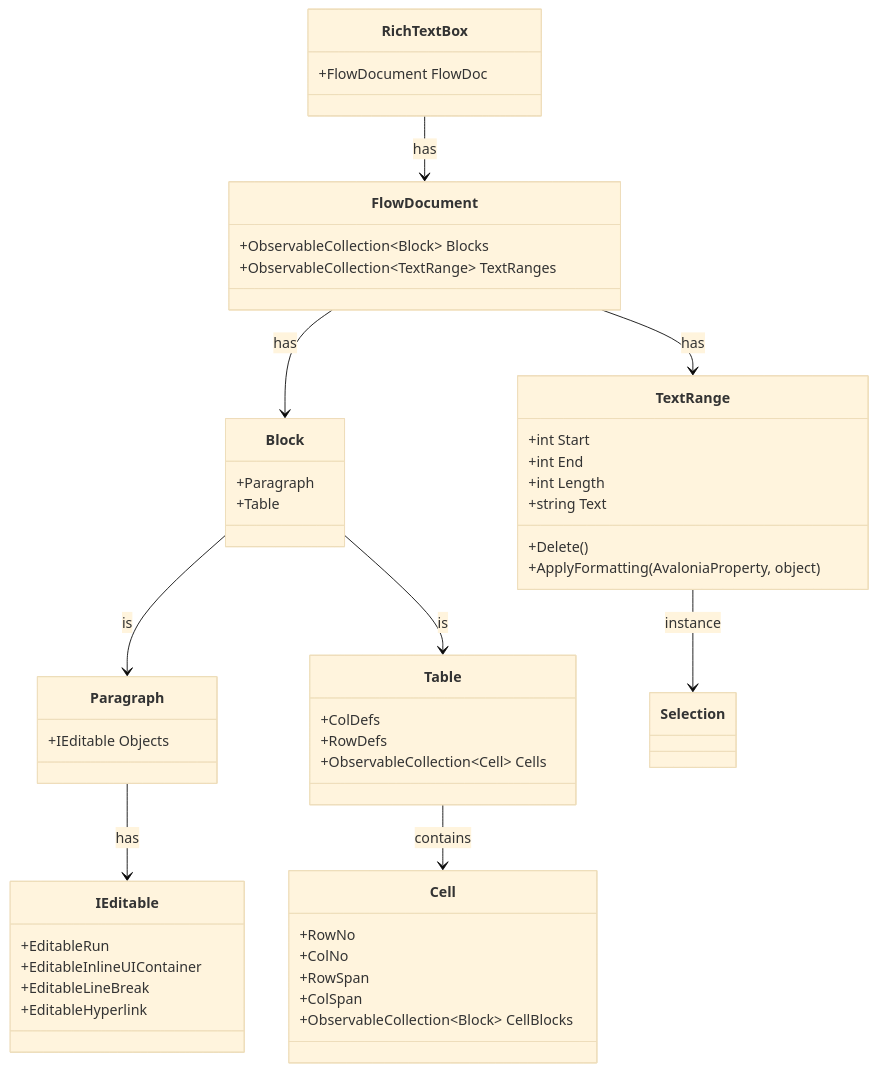
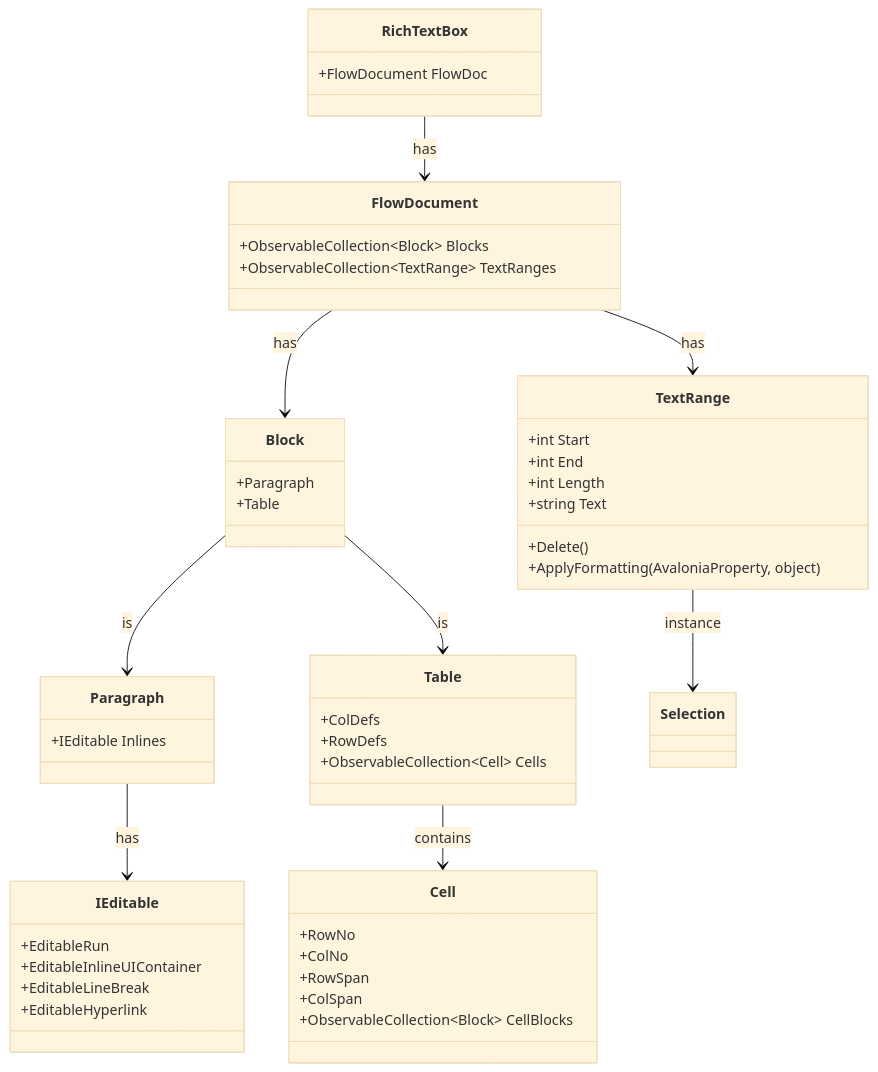
One commit to cuikp/AvRichTextBox changed the diagram in README.md. Above: the diagram before and after it, drawn with Mermaid (base theme).

````diff
--- a/README.md
+++ b/README.md
@@ -18,58 +18,58 @@
 ```mermaid
 classDiagram
     class RichTextBox{
         +FlowDocument FlowDoc
     }
     class FlowDocument{
         +ObservableCollection~Block~ Blocks
         +ObservableCollection~TextRange~ TextRanges
     }
     class Block{
         +Paragraph
         +Table
     }
     
     class Paragraph{
-        +IEditable Objects
+        +IEditable Inlines
     }
     class IEditable{
         +EditableRun
         +EditableInlineUIContainer
         +EditableLineBreak
         +EditableHyperlink
     }
     class Selection{
     }
     class TextRange{
         +int Start
         +int End
         +int Length
         +Delete()
         +string Text
         +ApplyFormatting(AvaloniaProperty,  object)
     }
     class Table{
       +ColDefs
       +RowDefs
       +ObservableCollection~Cell~ Cells
     }
     class Cell{
       +RowNo
       +ColNo
       +RowSpan
       +ColSpan
       +ObservableCollection~Block~ CellBlocks
     }
 
     RichTextBox --> FlowDocument : has
     FlowDocument --> Block : has
     FlowDocument --> TextRange : has
     Block --> Paragraph : is
     Block --> Table : is
     Paragraph --> IEditable : has
     TextRange --> Selection : instance
     Table --> Cell : contains
     
     
 
 ```
````
